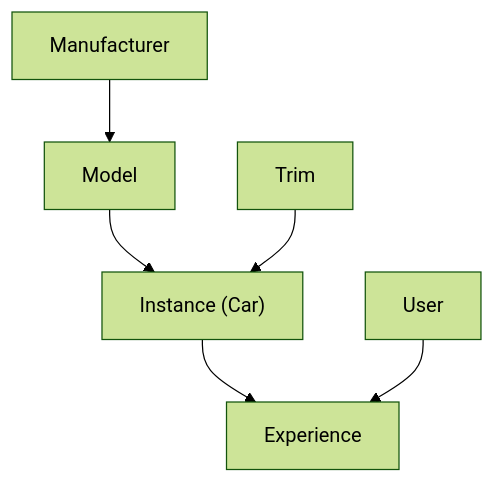
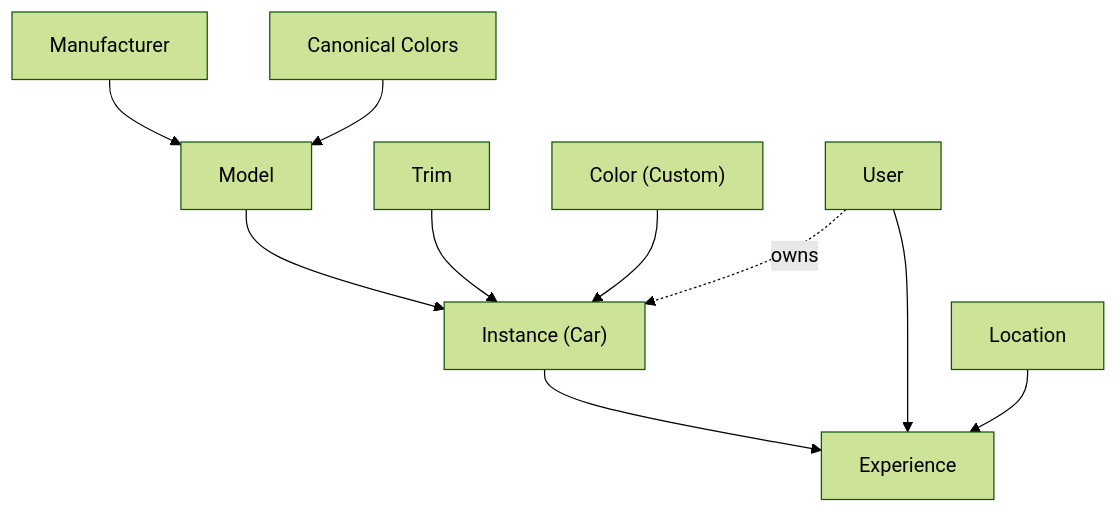
One commit to UUeird/dyno changed the diagram in docs/product.md. Above: the diagram before and after it, drawn with Mermaid (forest theme).

Commit message:
Add color, location, and ownership edges to product flow chart
Canonical Colors > Model, Color (Custom) > Instance, Location > Experience,
and a dashed "owns" edge from User to Instance.

````diff
--- a/docs/product.md
+++ b/docs/product.md
@@ -7,6 +7,10 @@
 ```mermaid
 flowchart TD
     Manufacturer --> Model --> Instance["Instance (Car)"] --> Experience
     Trim --> Instance
     User --> Experience
+    CanonicalColors["Canonical Colors"] --> Model
+    CustomColor["Color (Custom)"] --> Instance
+    Location --> Experience
+    User -. owns .-> Instance
 ```
````
